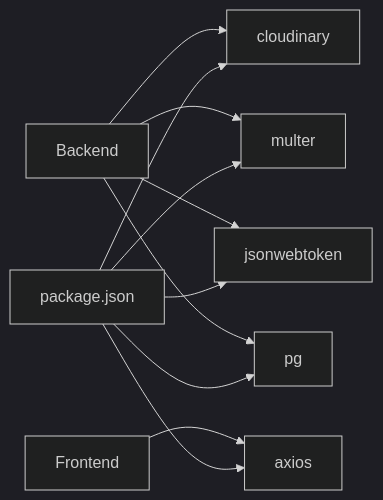
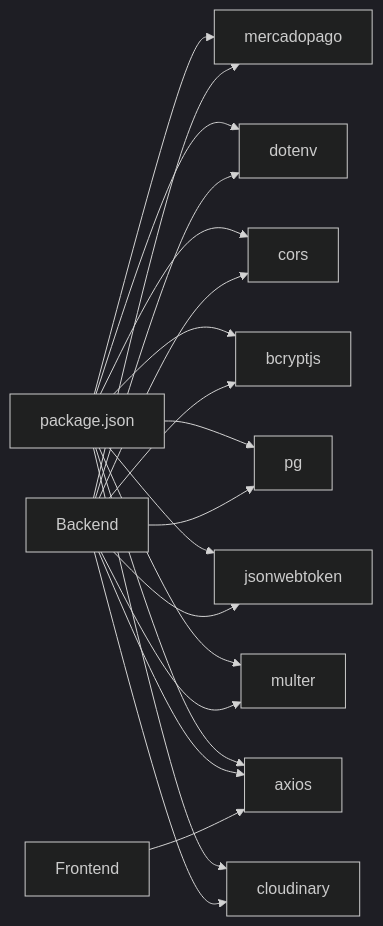
Before and after one commit to Alexandrexicara/craque-vision: the seventh of 9 diagrams in .qoder/repowiki/en/content/Backend API Documentation/Video Management.md, drawn with Mermaid (dark theme). The commit also changed other lines of this file and 10 other files, not shown here.

````diff
--- a/.qoder/repowiki/en/content/Backend API Documentation/Video Management.md
+++ b/.qoder/repowiki/en/content/Backend API Documentation/Video Management.md
@@ -336,13 +491,22 @@
 ```mermaid
 graph LR
 Pkg["package.json"] --> Cloud["cloudinary"]
 Pkg --> Mul["multer"]
 Pkg --> JWT["jsonwebtoken"]
 Pkg --> PG["pg"]
 Pkg --> AX["axios"]
+Pkg --> BCrypt["bcryptjs"]
+Pkg --> CORS["cors"]
+Pkg --> DotEnv["dotenv"]
+Pkg --> MP["mercadopago"]
 Backend["Backend"] --> Cloud
 Backend --> Mul
 Backend --> JWT
 Backend --> PG
+Backend --> AX
+Backend --> BCrypt
+Backend --> CORS
+Backend --> DotEnv
+Backend --> MP
 Frontend["Frontend"] --> AX
 ```
````
